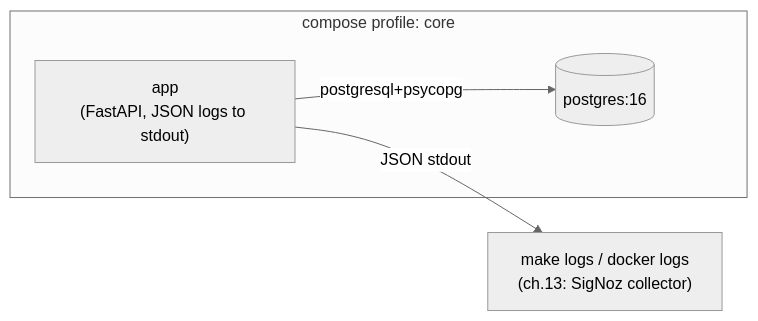
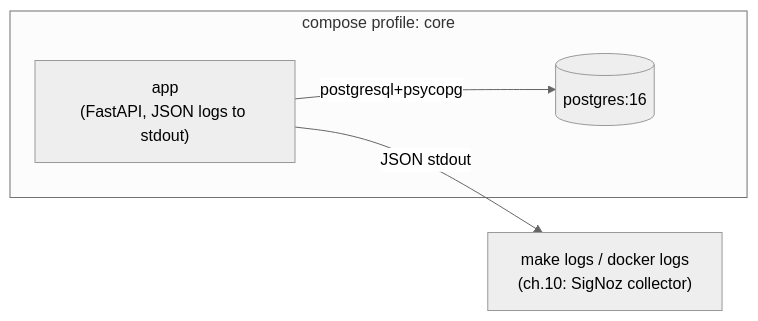
Before and after one commit to ShabdChegu/devops-course-day2: the diagram in docs/06-logging.md, drawn with Mermaid (neutral theme). The commit also changed other lines of this file and 11 other files, not shown here.

First line of the commit message:
ch.8: renumber the observability arc - SigNoz lands directly, no Prometheus/Jaeger detour

````diff
--- a/docs/06-logging.md
+++ b/docs/06-logging.md
@@ -188,9 +188,9 @@
 ```mermaid
 flowchart LR
     subgraph core["compose profile: core"]
         app["app<br/>(FastAPI, JSON logs to stdout)"]
         db[("postgres:16")]
         app -->|postgresql+psycopg| db
     end
-    app -->|"JSON stdout"| out["make logs / docker logs<br/>(ch.13: SigNoz collector)"]
+    app -->|"JSON stdout"| out["make logs / docker logs<br/>(ch.10: SigNoz collector)"]
 ```
````
